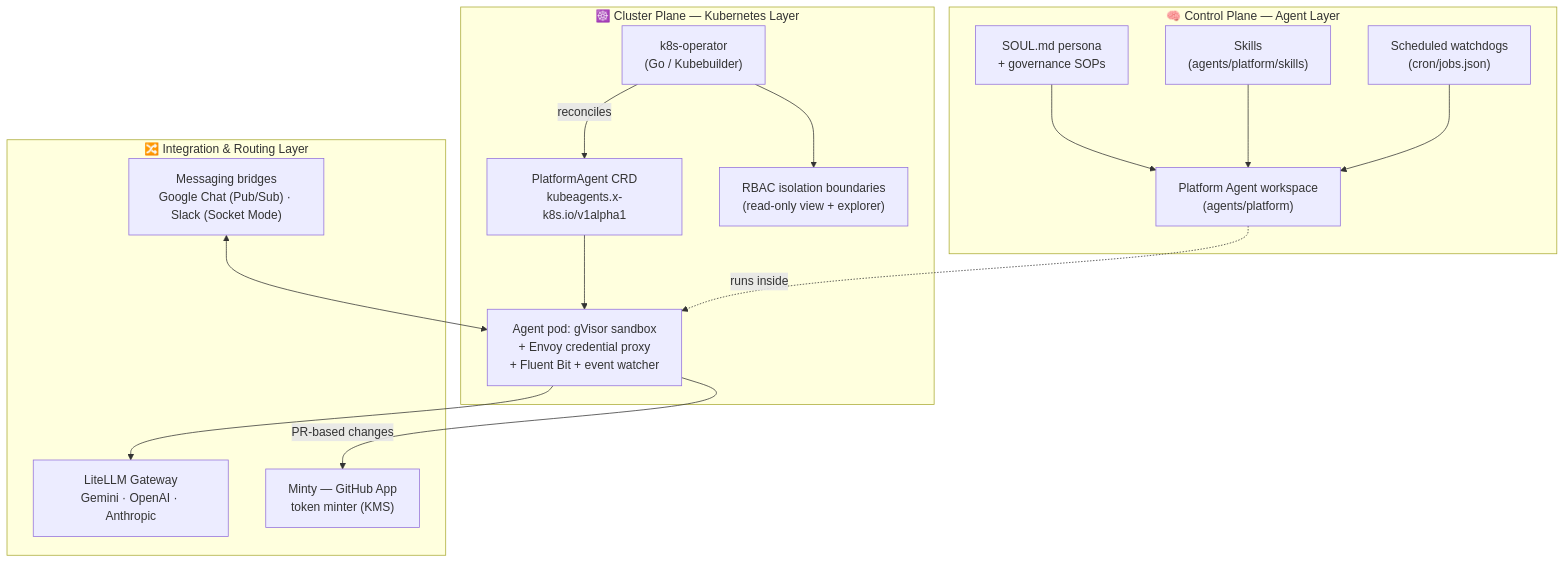
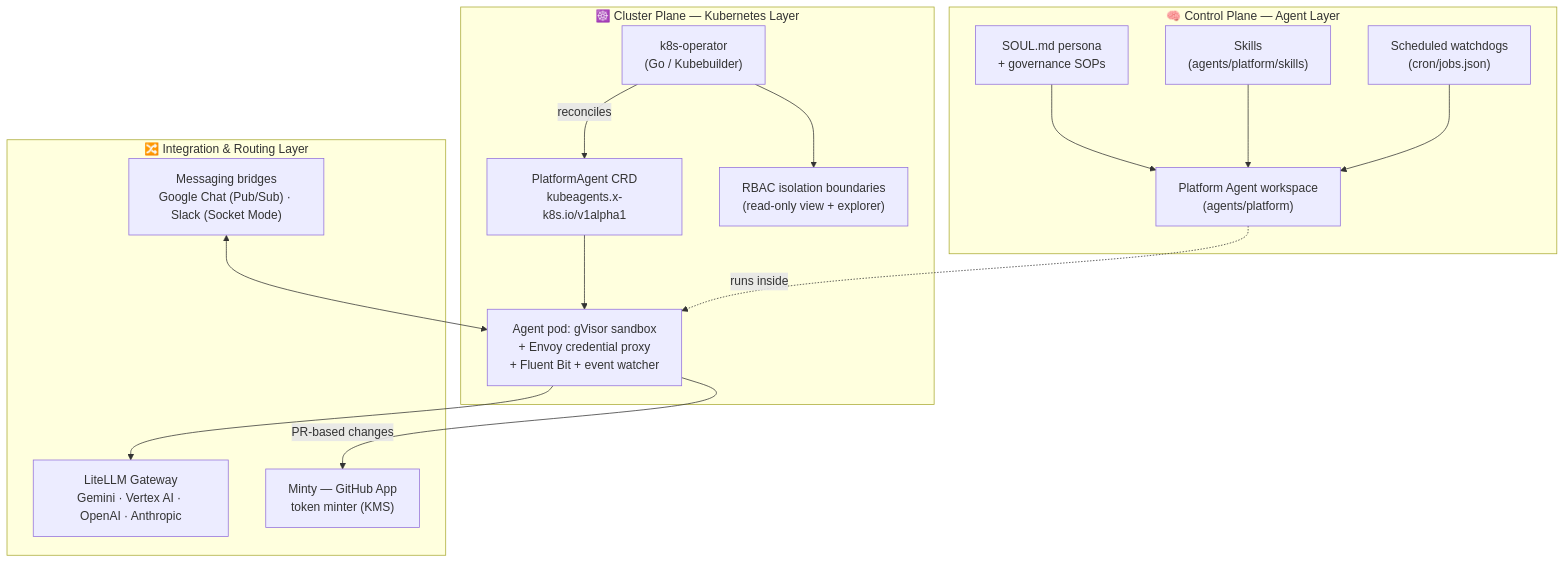
The diagram in README.md (gke-labs/kube-agents), drawn with Mermaid before and after one commit. The commit also changed 26 other files, not shown here.

````diff
--- a/README.md
+++ b/README.md
@@ -91,33 +91,33 @@
 ```mermaid
 flowchart TB
     subgraph agent["🧠 Control Plane — Agent Layer"]
         SOUL["SOUL.md persona<br/>+ governance SOPs"]
         SKILLS["Skills<br/>(agents/platform/skills)"]
         CRON["Scheduled watchdogs<br/>(cron/jobs.json)"]
         PA["Platform Agent workspace<br/>(agents/platform)"]
         SOUL --> PA
         SKILLS --> PA
         CRON --> PA
     end
 
     subgraph cluster["☸️ Cluster Plane — Kubernetes Layer"]
         OP["k8s-operator<br/>(Go / Kubebuilder)"]
         CRD["PlatformAgent CRD<br/>kubeagents.x-k8s.io/v1alpha1"]
         POD["Agent pod: gVisor sandbox<br/>+ Envoy credential proxy<br/>+ Fluent Bit + event watcher"]
         RBAC["RBAC isolation boundaries<br/>(read-only view + explorer)"]
         OP -->|reconciles| CRD
         CRD --> POD
         OP --> RBAC
     end
 
     subgraph integration["🔀 Integration & Routing Layer"]
-        LLM["LiteLLM Gateway<br/>Gemini · OpenAI · Anthropic"]
+        LLM["LiteLLM Gateway<br/>Gemini · Vertex AI · OpenAI · Anthropic"]
         CHAT["Messaging bridges<br/>Google Chat (Pub/Sub) · Slack (Socket Mode)"]
         GH["Minty — GitHub App<br/>token minter (KMS)"]
     end
 
     PA -.runs inside.-> POD
     POD --> LLM
     CHAT <--> POD
     POD -->|PR-based changes| GH
 ```
````
